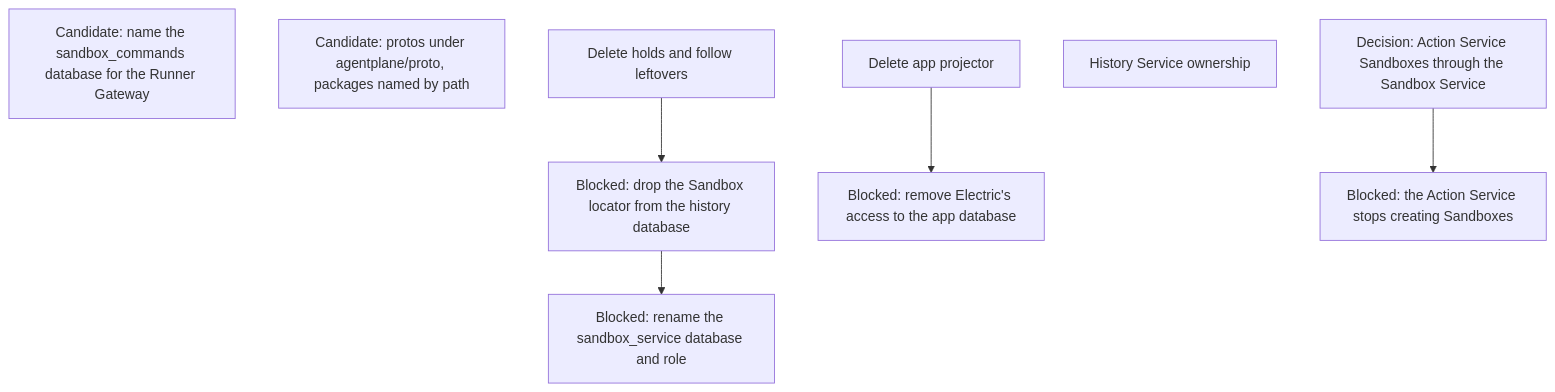
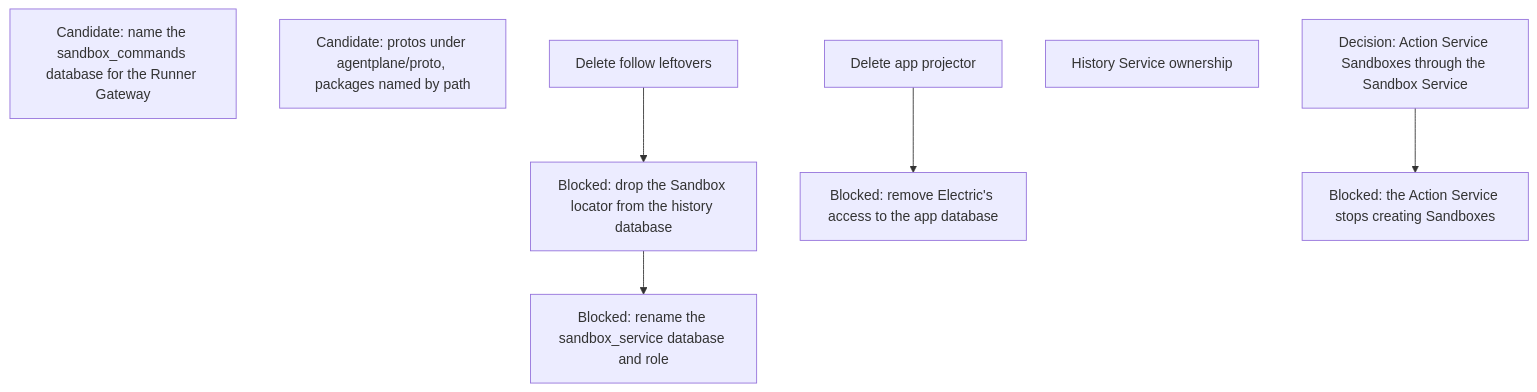
The tenth of 13 diagrams in agentplane/plans/task_dag.md (agentydragon/ducktape), drawn with Mermaid before and after one commit. The commit also changed other lines of this file and 28 other files, not shown here.

First line of the commit message:
agentplane: delete retention holds and teardown's unpushed path

````diff
--- a/agentplane/plans/task_dag.md
+++ b/agentplane/plans/task_dag.md
@@ -724,16 +723,16 @@
 ```mermaid
 flowchart TD
     HISTORY_SANDBOX_LOCATOR_DROP[Blocked: drop the Sandbox locator from the history database]
     HISTORY_DATABASE_RENAME[Blocked: rename the sandbox_service database and role]
     SANDBOX_DATABASE_RENAME[Candidate: name the sandbox_commands database for the Runner Gateway]
     APP_ELECTRIC_RETIRE[Blocked: remove Electric's access to the app database]
     PROTO_DIRECTORY[Candidate: protos under agentplane/proto, packages named by path]
     ACTION_SANDBOX_DESIGN[Decision: Action Service Sandboxes through the Sandbox Service]
     ACTION_SANDBOX_PROVISIONING[Blocked: the Action Service stops creating Sandboxes]
     ACTION_SANDBOX_DESIGN --> ACTION_SANDBOX_PROVISIONING
     APP_PROJECTOR_RETIRE[Delete app projector]
     HISTORY_SERVICE_OWNERSHIP[History Service ownership]
-    FOLLOW_PATH_RETIRE[Delete holds and follow leftovers] --> HISTORY_SANDBOX_LOCATOR_DROP
+    FOLLOW_PATH_RETIRE[Delete follow leftovers] --> HISTORY_SANDBOX_LOCATOR_DROP
     HISTORY_SANDBOX_LOCATOR_DROP --> HISTORY_DATABASE_RENAME
     APP_PROJECTOR_RETIRE --> APP_ELECTRIC_RETIRE
 ```
````
